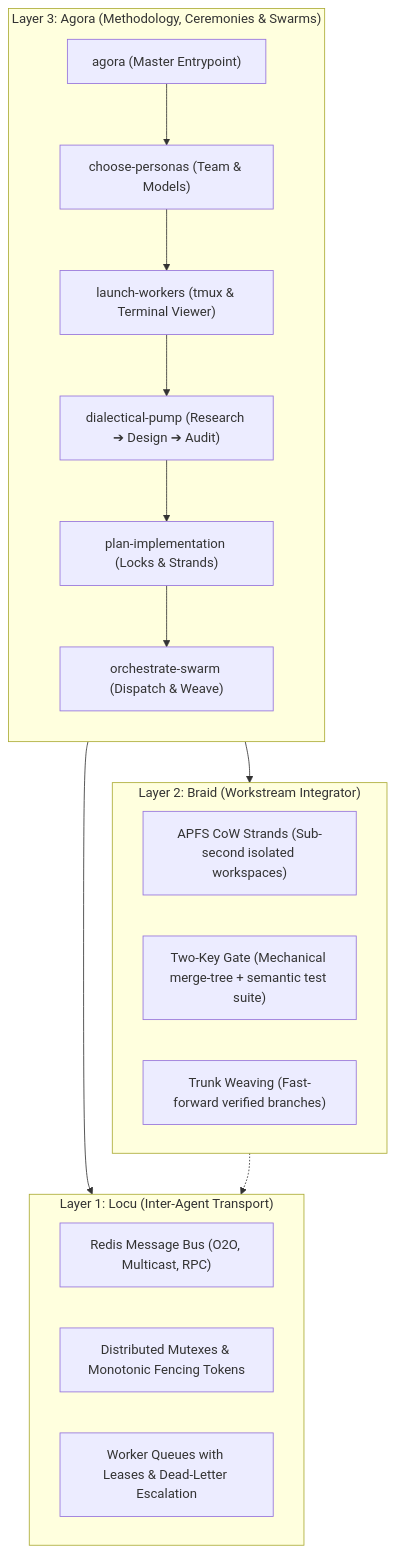
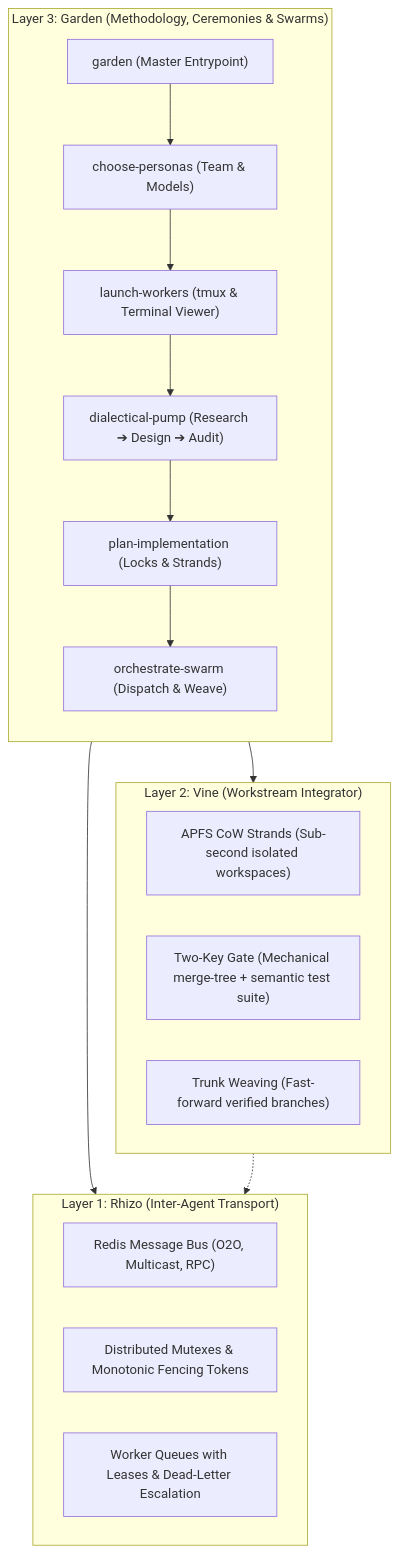
Before and after one commit to axiomantic/garden: the diagram in README.md, drawn with Mermaid. The commit also changed other lines of this file and 12 other files, not shown here.

Commit message:
feat(garden): rename project from agora to garden, integrate rhizo and vine

````diff
--- a/README.md
+++ b/README.md
@@ -25,29 +25,29 @@
 ```mermaid
 flowchart TD
-    subgraph Layer3["Layer 3: Agora (Methodology, Ceremonies & Swarms)"]
+    subgraph Layer3["Layer 3: Garden (Methodology, Ceremonies & Swarms)"]
         direction TB
-        AgoraSkill["agora (Master Entrypoint)"]
+        GardenSkill["garden (Master Entrypoint)"]
         P1["choose-personas (Team & Models)"]
         P2["launch-workers (tmux & Terminal Viewer)"]
         P3["dialectical-pump (Research ➔ Design ➔ Audit)"]
         P4["plan-implementation (Locks & Strands)"]
         P5["orchestrate-swarm (Dispatch & Weave)"]
-        AgoraSkill --> P1 --> P2 --> P3 --> P4 --> P5
+        GardenSkill --> P1 --> P2 --> P3 --> P4 --> P5
     end
 
-    subgraph Layer2["Layer 2: Braid (Workstream Integrator)"]
+    subgraph Layer2["Layer 2: Vine (Workstream Integrator)"]
         Strands["APFS CoW Strands (Sub-second isolated workspaces)"]
         TwoKey["Two-Key Gate (Mechanical merge-tree + semantic test suite)"]
         Weave["Trunk Weaving (Fast-forward verified branches)"]
     end
 
-    subgraph Layer1["Layer 1: Locu (Inter-Agent Transport)"]
+    subgraph Layer1["Layer 1: Rhizo (Inter-Agent Transport)"]
         Bus["Redis Message Bus (O2O, Multicast, RPC)"]
         Locks["Distributed Mutexes & Monotonic Fencing Tokens"]
         Queues["Worker Queues with Leases & Dead-Letter Escalation"]
     end
 
     Layer3 --> Layer2
     Layer3 --> Layer1
     Layer2 -.-> Layer1
 ```
````
